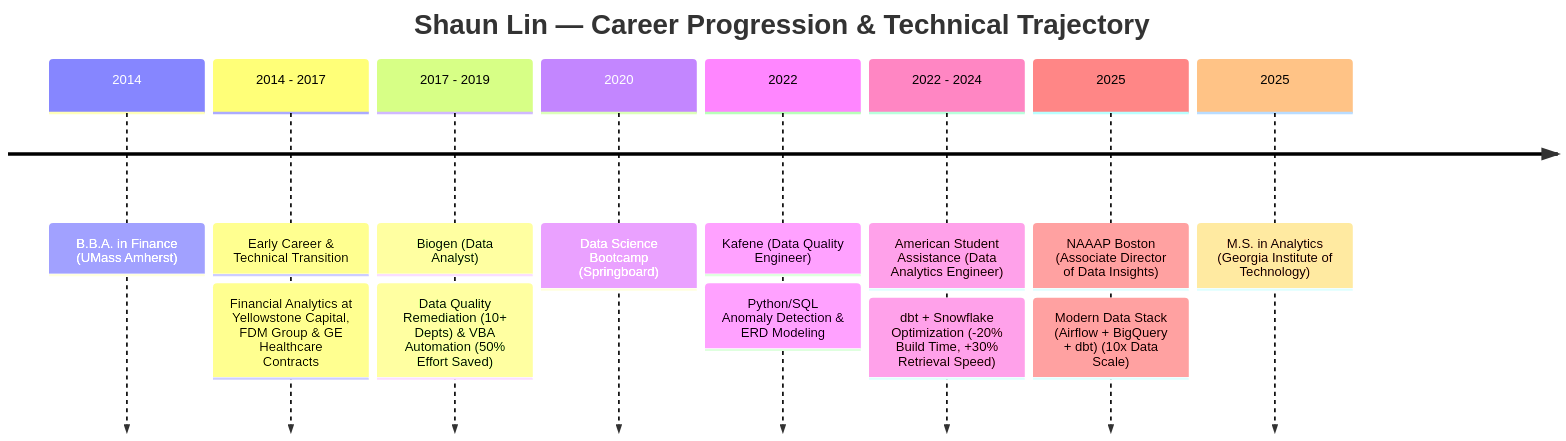
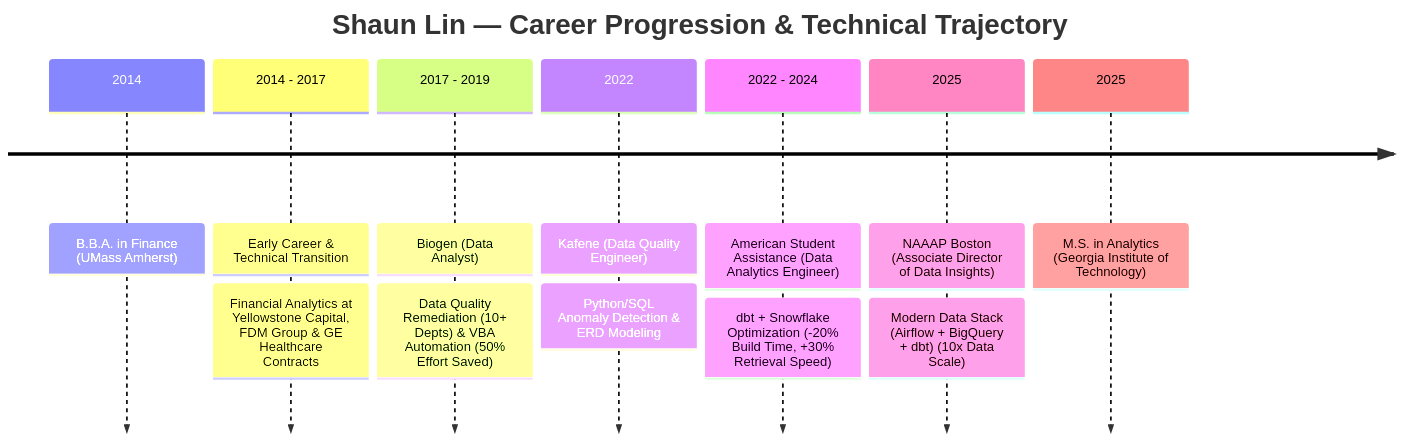
The diagram in README.md (ShaunDataAnalytics/ShaunDataAnalytics), drawn with Mermaid before and after one commit. The commit also changed other lines of this file, not shown here.

Commit message:
docs: streamline profile to spotlight SentinelDesk AI & Retail Data Pipeline

````diff
--- a/README.md
+++ b/README.md
@@ -21,12 +21,11 @@
 ```mermaid
 timeline
     title Shaun Lin — Career Progression & Technical Trajectory
     2014 : B.B.A. in Finance (UMass Amherst)
     2014 - 2017 : Early Career & Technical Transition : Financial Analytics at Yellowstone Capital, FDM Group & GE Healthcare Contracts
     2017 - 2019 : Biogen (Data Analyst) : Data Quality Remediation (10+ Depts) & VBA Automation (50% Effort Saved)
-    2020 : Data Science Bootcamp (Springboard)
     2022 : Kafene (Data Quality Engineer) : Python/SQL Anomaly Detection & ERD Modeling
     2022 - 2024 : American Student Assistance (Data Analytics Engineer) : dbt + Snowflake Optimization (-20% Build Time, +30% Retrieval Speed)
     2025 : NAAAP Boston (Associate Director of Data Insights) : Modern Data Stack (Airflow + BigQuery + dbt) (10x Data Scale)
     2025 : M.S. in Analytics (Georgia Institute of Technology)
 ```
````
